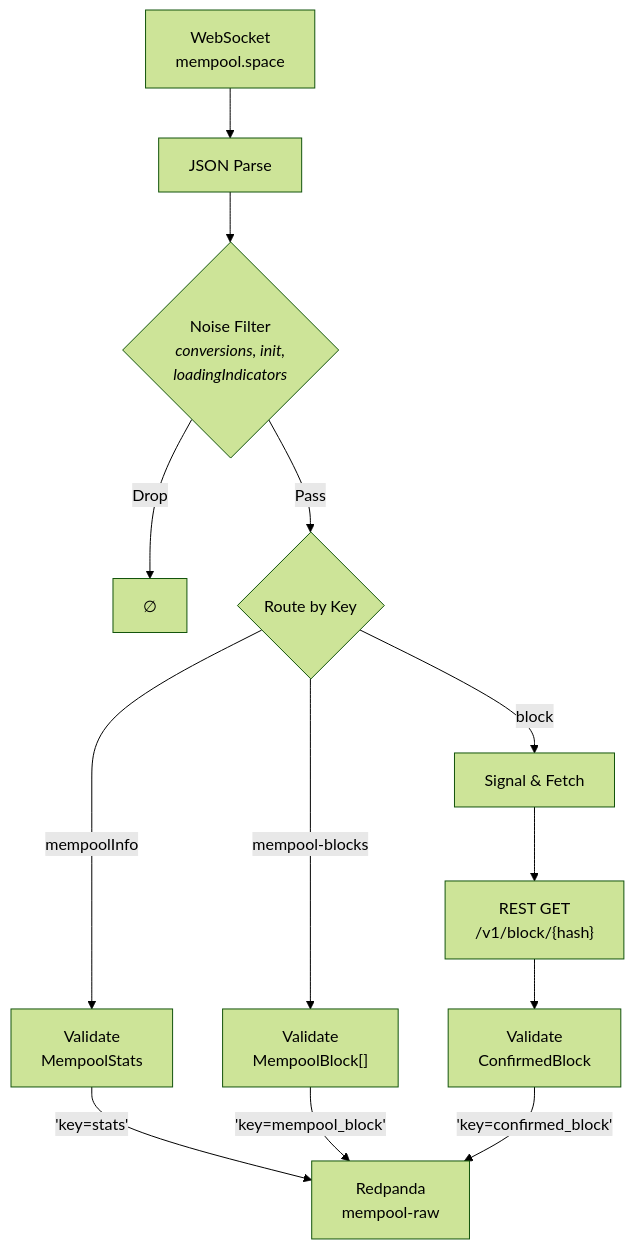
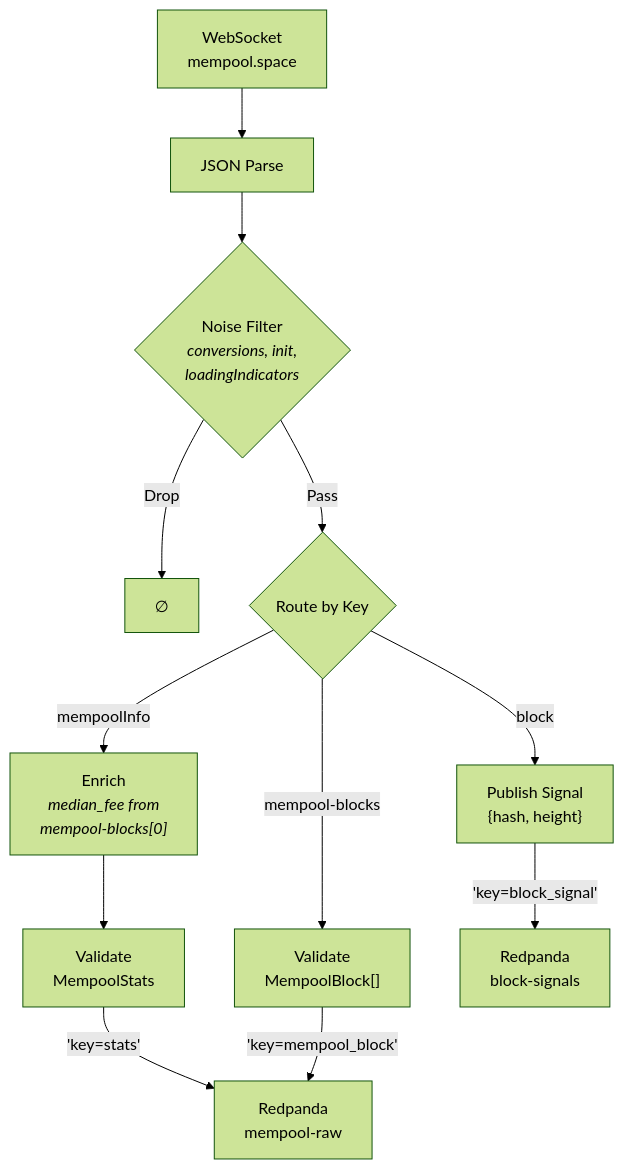
One commit to ieshatchuell/mempool-orchestrator changed the third of 9 diagrams in docs/architecture.md. Above: the diagram before and after it, drawn with Mermaid (forest theme). The commit also changed other lines of this file and 20 other files, not shown here.

````diff
--- a/docs/architecture.md
+++ b/docs/architecture.md
@@ -102,18 +113,16 @@
 ```mermaid
 flowchart TD
     WS["WebSocket<br/>mempool.space"] --> PARSE["JSON Parse"]
     PARSE --> FILTER{"Noise Filter<br/><i>conversions, init,<br/>loadingIndicators</i>"}
     FILTER -->|"Drop"| NULL["∅"]
     FILTER -->|"Pass"| ROUTE{"Route by Key"}
 
-    ROUTE -->|"mempoolInfo"| V1["Validate<br/>MempoolStats"]
+    ROUTE -->|"mempoolInfo"| ENRICH["Enrich<br/><i>median_fee from<br/>mempool-blocks[0]</i>"]
+    ENRICH --> V1["Validate<br/>MempoolStats"]
     ROUTE -->|"mempool-blocks"| V2["Validate<br/>MempoolBlock[]"]
-    ROUTE -->|"block"| SIGNAL["Signal & Fetch"]
-
-    SIGNAL --> FETCH["REST GET<br/>/v1/block/{hash}"]
-    FETCH --> V3["Validate<br/>ConfirmedBlock"]
+    ROUTE -->|"block"| SIG["Publish Signal<br/>{hash, height}"]
 
     V1 -->|'key=stats'| KAFKA["Redpanda<br/>mempool-raw"]
     V2 -->|'key=mempool_block'| KAFKA
-    V3 -->|'key=confirmed_block'| KAFKA
+    SIG -->|'key=block_signal'| SIGNALS["Redpanda<br/>block-signals"]
 ```
````
